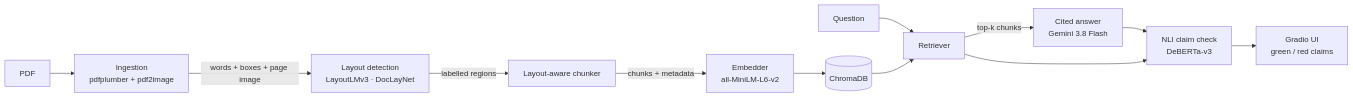
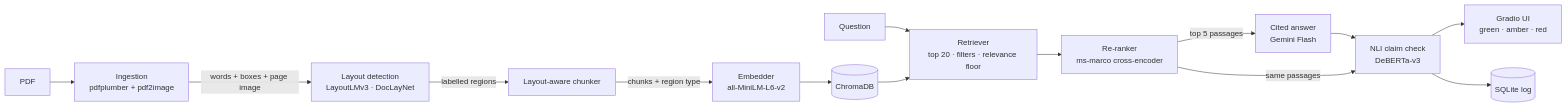
One commit to HaneeshMekala/Veridoc changed the diagram in README.md. Above: the diagram before and after it, drawn with Mermaid. The commit also changed other lines of this file, not shown here.

````diff
--- a/README.md
+++ b/README.md
@@ -29,14 +42,16 @@
 ```mermaid
 flowchart LR
     A[PDF] --> B[Ingestion<br/>pdfplumber + pdf2image]
     B -->|words + boxes + page image| C[Layout detection<br/>LayoutLMv3 · DocLayNet]
     C -->|labelled regions| D[Layout-aware chunker]
-    D -->|chunks + metadata| E[Embedder<br/>all-MiniLM-L6-v2]
+    D -->|chunks + region type| E[Embedder<br/>all-MiniLM-L6-v2]
     E --> F[(ChromaDB)]
-    Q[Question] --> G[Retriever]
+    Q[Question] --> G[Retriever<br/>top 20 · filters · relevance floor]
     F --> G
-    G -->|top-k chunks| H[Cited answer<br/>Gemini 3.8 Flash]
+    G --> R[Re-ranker<br/>ms-marco cross-encoder]
+    R -->|top 5 passages| H[Cited answer<br/>Gemini Flash]
     H --> I[NLI claim check<br/>DeBERTa-v3]
-    G --> I
-    I --> J[Gradio UI<br/>green / red claims]
+    R -->|same passages| I
+    I --> J[Gradio UI<br/>green · amber · red]
+    I --> L[(SQLite log)]
 ```
````
